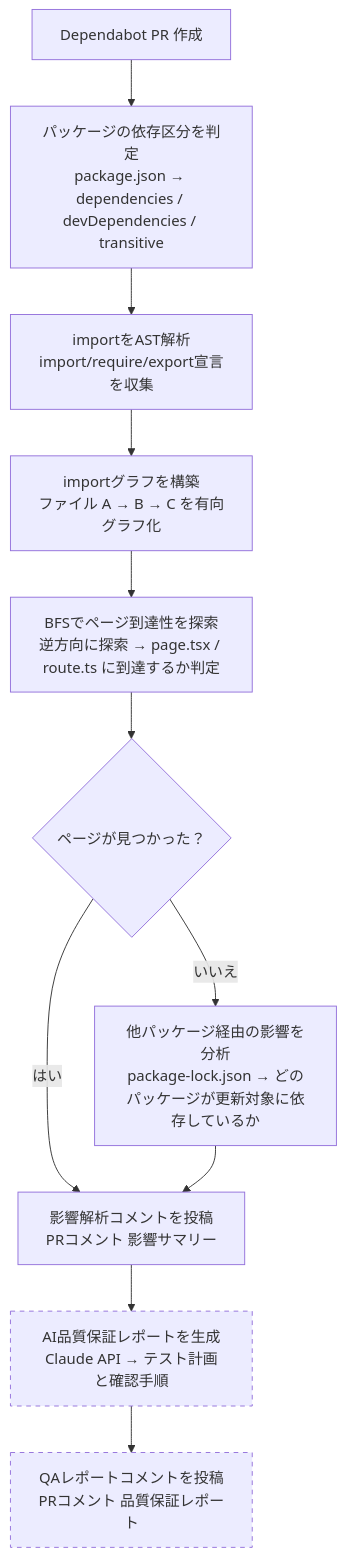
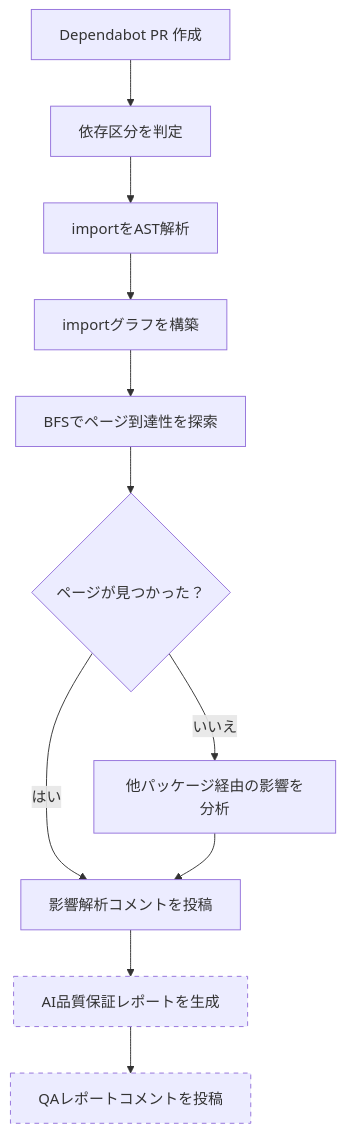
The diagram in README.ja.md (nokki-y/dependabot-insight), drawn with Mermaid before and after one commit. The commit also changed other lines of this file and 3 other files, not shown here.

First line of the commit message:
Simplify all Mermaid diagrams: short labels + detail tables

````diff
--- a/README.ja.md
+++ b/README.ja.md
@@ -158,16 +158,16 @@
 ```mermaid
 flowchart TD
-    START[Dependabot PR 作成] --> S1[パッケージの依存区分を判定<br>package.json → dependencies / devDependencies / transitive]
-    S1 --> S2[importをAST解析<br>import/require/export宣言を収集]
-    S2 --> S3[importグラフを構築<br>ファイル A → B → C を有向グラフ化]
-    S3 --> S4[BFSでページ到達性を探索<br>逆方向に探索 → page.tsx / route.ts に到達するか判定]
+    START[Dependabot PR 作成] --> S1[依存区分を判定]
+    S1 --> S2[importをAST解析]
+    S2 --> S3[importグラフを構築]
+    S3 --> S4[BFSでページ到達性を探索]
     S4 --> CHECK{ページが見つかった？}
-    CHECK -->|いいえ| S5[他パッケージ経由の影響を分析<br>package-lock.json → どのパッケージが更新対象に依存しているか]
-    CHECK -->|はい| S6[影響解析コメントを投稿<br>PRコメント 影響サマリー]
+    CHECK -->|いいえ| S5[他パッケージ経由の影響を分析]
+    CHECK -->|はい| S6[影響解析コメントを投稿]
     S5 --> S6
-    S6 --> S7[AI品質保証レポートを生成<br>Claude API → テスト計画と確認手順]
-    S7 --> S8[QAレポートコメントを投稿<br>PRコメント 品質保証レポート]
+    S6 --> S7[AI品質保証レポートを生成]
+    S7 --> S8[QAレポートコメントを投稿]
 
     style S7 stroke-dasharray: 5 5
     style S8 stroke-dasharray: 5 5
 ```
````
